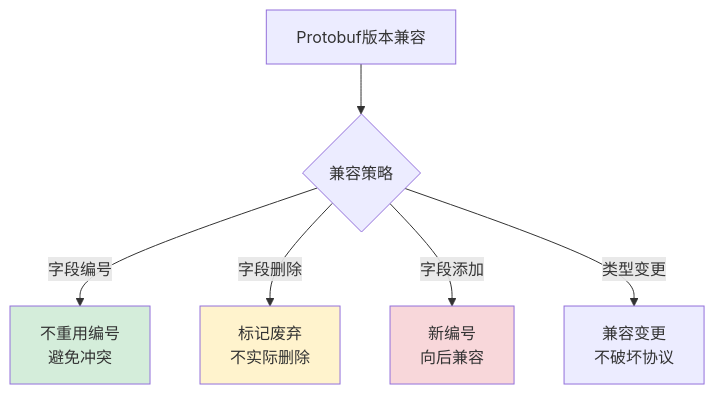
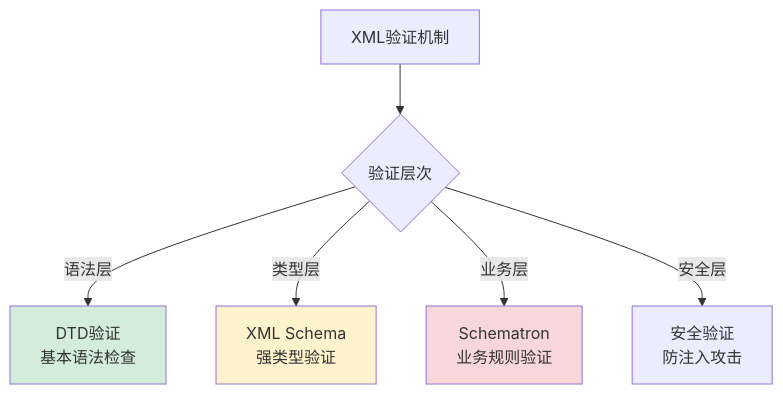
Before and after one commit to chongyang211/YCBookBlog: diagram 20 of 25 in 00.通用技术的提升/02.程序编程原理/05.序列化数据的思想.md, drawn with Mermaid. The commit also changed other lines of this file and 17 other files, not shown here.

````diff
--- a/00.通用技术的提升/02.程序编程原理/05.序列化数据的思想.md
+++ b/00.通用技术的提升/02.程序编程原理/05.序列化数据的思想.md
@@ -896,12 +863,12 @@
 ```mermaid
 graph TB
-    A[Protobuf版本兼容] --> B{兼容策略}
-    B -->|字段编号| C[不重用编号<br/>避免冲突]
-    B -->|字段删除| D[标记废弃<br/>不实际删除]
-    B -->|字段添加| E[新编号<br/>向后兼容]
-    B -->|类型变更| F[兼容变更<br/>不破坏协议]
+    A[XML验证机制] --> B{验证层次}
+    B -->|语法层| C[DTD验证<br/>基本语法检查]
+    B -->|类型层| D[XML Schema<br/>强类型验证]
+    B -->|业务层| E[Schematron<br/>业务规则验证]
+    B -->|安全层| F[安全验证<br/>防注入攻击]
     
     style C fill:#d4edda
     style D fill:#fff3cd
     style E fill:#f8d7da
 ```
````
